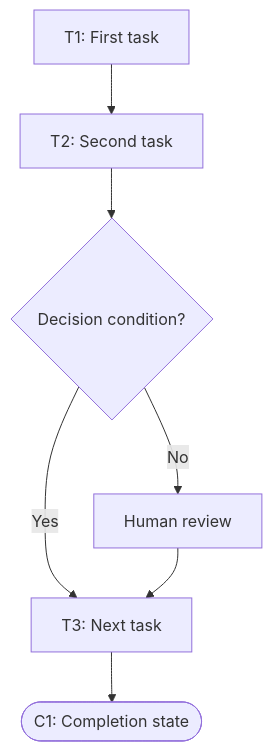
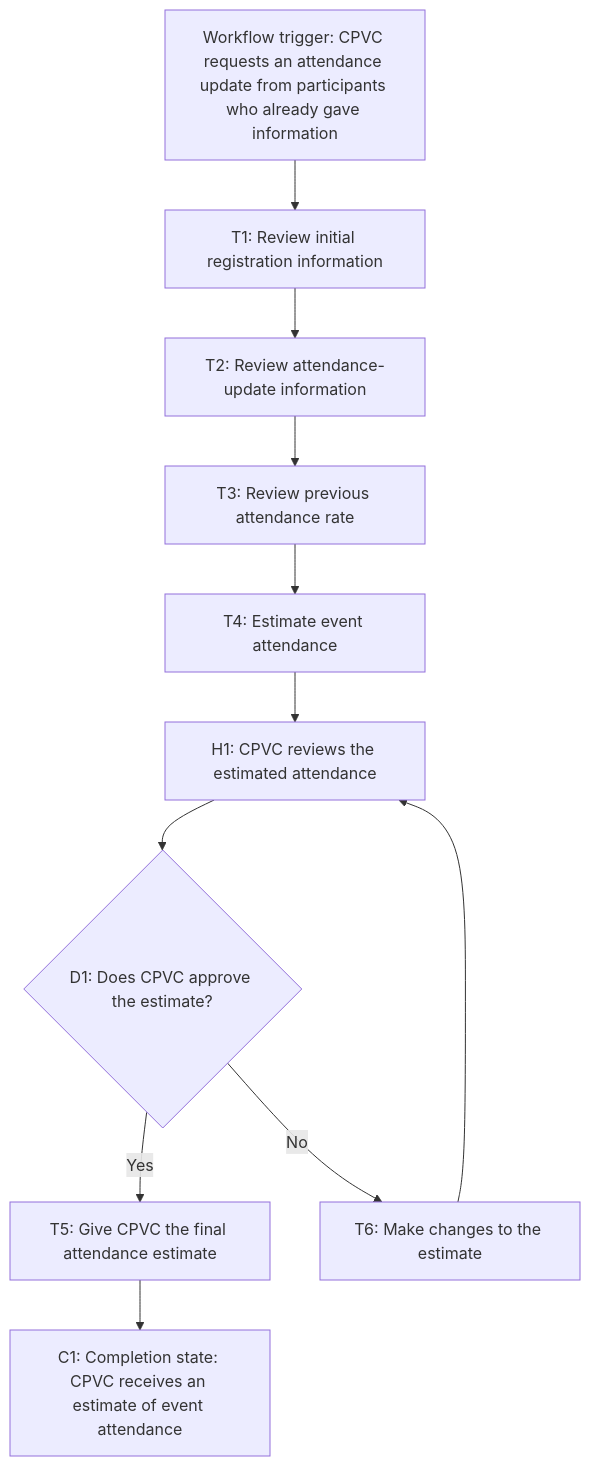
One commit to kaconde/BUS4498_InClass_Builds changed the diagram in my_first_agent/agent/workflow-of-tasks.md. Above: the diagram before and after it, drawn with Mermaid. The commit also changed other lines of this file, not shown here.

Commit message:
Complete Friday Build 01 Part 2 workflow

````diff
--- a/my_first_agent/agent/workflow-of-tasks.md
+++ b/my_first_agent/agent/workflow-of-tasks.md
@@ -25,9 +25,13 @@
 ```mermaid
 flowchart TD
-    T1["T1: First task"] --> T2["T2: Second task"]
-    T2 --> D1{"Decision condition?"}
-    D1 -->|Yes| T3["T3: Next task"]
-    D1 -->|No| H1["Human review"]
-    H1 --> T3
-    T3 --> C1([C1: Completion state])
+   S["Workflow trigger: CPVC requests an attendance update from participants who already gave information"] --> T1["T1: Review initial registration information"]
+    T1 --> T2["T2: Review attendance-update information"]
+    T2 --> T3["T3: Review previous attendance rate"]
+    T3 --> T4["T4: Estimate event attendance"]
+    T4 --> H1["H1: CPVC reviews the estimated attendance"]
+    H1 --> D1{"D1: Does CPVC approve the estimate?"}
+    D1 -->|Yes| T5["T5: Give CPVC the final attendance estimate"]
+    D1 -->|No| T6["T6: Make changes to the estimate"]
+    T6 --> H1
+    T5 --> C1["C1: Completion state: CPVC receives an estimate of event attendance"]
 ```
````
